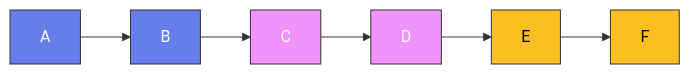
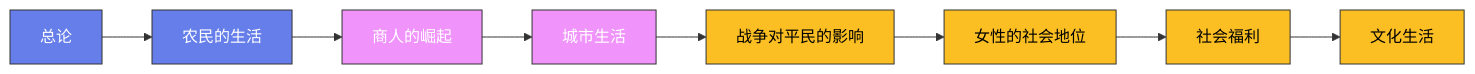
The diagram in content/posts/ModelCreate/历史类/09-两宋三百年-平民篇.md (Fengur/Fengur.github.io), drawn with Mermaid before and after one commit. The commit also changed other lines of this file and 505 other files, not shown here.

First line of the commit message:
content(blog): ModelCreate 全站质量修复——front matter 补全、占位图修复、事实错误修正、注水文重写

````diff
--- a/content/posts/ModelCreate/历史类/09-两宋三百年-平民篇.md
+++ b/content/posts/ModelCreate/历史类/09-两宋三百年-平民篇.md
@@ -555,16 +558,27 @@
 ```mermaid
 graph LR
+    A["总论"]
+    B["农民的生活"]
+    C["商人的崛起"]
+    D["城市生活"]
+    E["战争对平民的影响"]
+    F["女性的社会地位"]
+    G["社会福利"]
+    H["文化生活"]
+
     A --> B
     B --> C
     C --> D
     D --> E
     E --> F
+    F --> G
+    G --> H
 
     classDef early fill:#667eea,stroke:#333,color:white
     classDef mid fill:#f093fb,stroke:#333,color:white
     classDef modern fill:#fbbf24,stroke:#333,color:black
 
     class A,B early
     class C,D mid
-    class E,F modern
+    class E,F,G,H modern
 ```
````
